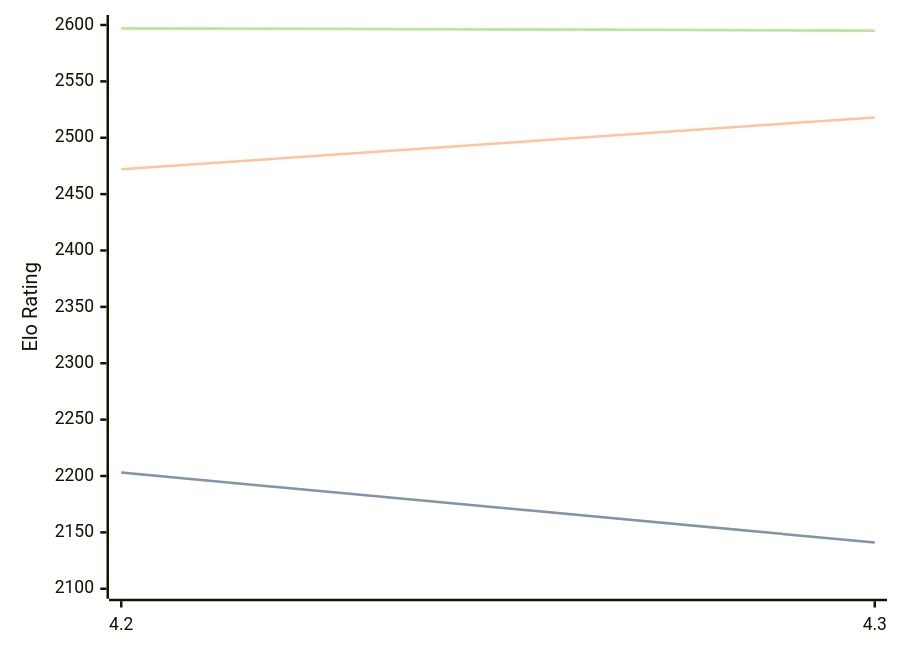
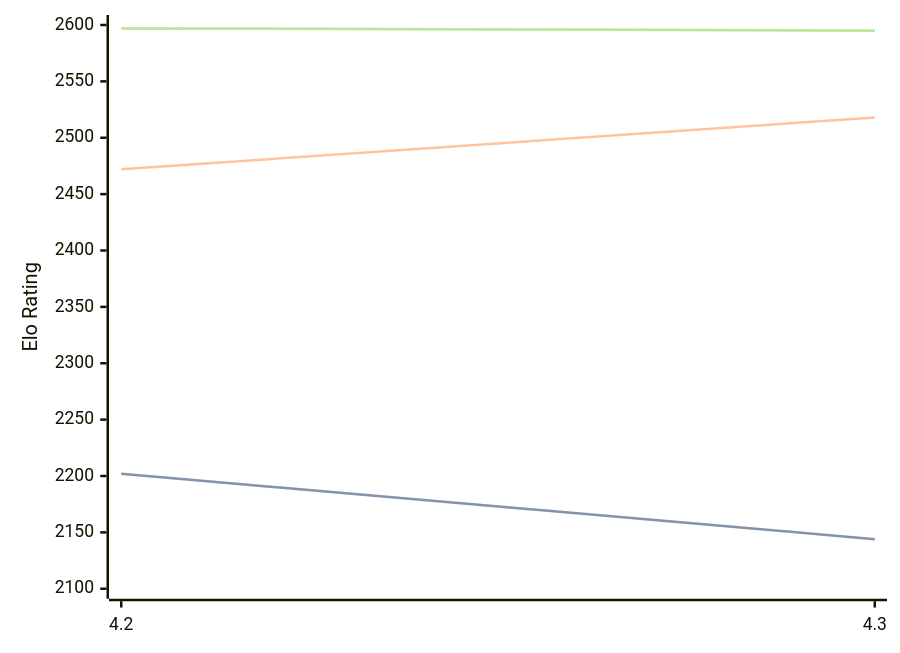
Before and after one commit to computer-chess-index/cci: the diagram in engines/Eubos.md, drawn with Mermaid. The commit also changed other lines of this file, not shown here.

````diff
--- a/engines/Eubos.md
+++ b/engines/Eubos.md
@@ -86,11 +86,11 @@
 ```mermaid
 %%{init: {"theme":"base","themeVariables":{"seriesColors:['#a3a3a3','#222221','#faa371']}}}%%
 xychart-beta
   x-axis ["4.2", "4.3"]
   y-axis "Elo Rating" 2100 --> 2600
-  line "STC (8.0+0.08s)" [2203, 2141]
-  line "STC (8.0+0.08s)" [2203, 2141]
+  line "STC (8.0+0.08s)" [2202, 2144]
+  line "STC (8.0+0.08s)" [2202, 2144]
   line "LTC (60.0+0.60s)" [2472, 2518]
   line "VLTC (2m24s+1.12s)" [2597, 2595]
   line "VLTC (2m24s+1.12s)" [2597, 2595]
 ```
````
